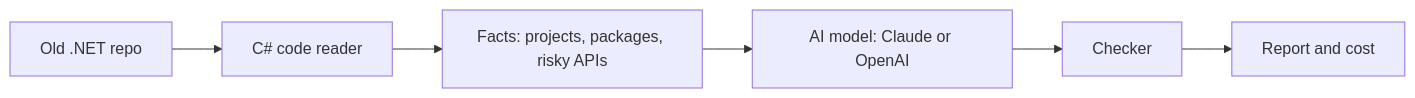
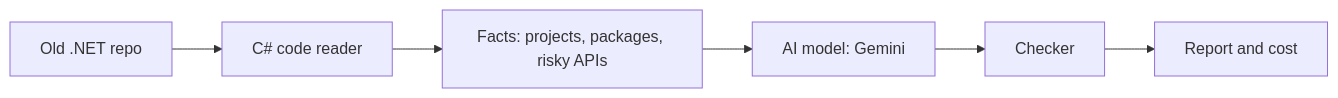
Before and after one commit to Abdulla12212/ferry: the diagram in docs/plans/ferry-phase-0.plan.md, drawn with Mermaid. The commit also changed other lines of this file and 8 other files, not shown here.

````diff
--- a/docs/plans/ferry-phase-0.plan.md
+++ b/docs/plans/ferry-phase-0.plan.md
@@ -51,8 +51,8 @@
 ```mermaid
 flowchart LR
     repo["Old .NET repo"] --> reader["C# code reader"]
     reader --> facts["Facts: projects, packages, risky APIs"]
-    facts --> ai["AI model: Claude or OpenAI"]
+    facts --> ai["AI model: Gemini"]
     ai --> checker["Checker"]
     checker --> report["Report and cost"]
 ```
````
